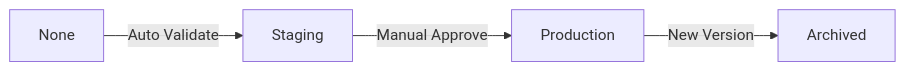
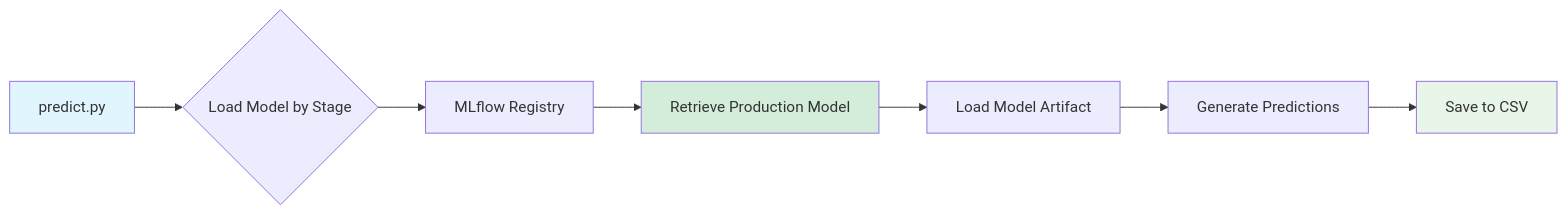
Before and after one commit to bradleyboehmke/rossmann-forecasting: the third of 3 diagrams in docs/modelops/registry.md, drawn with Mermaid. The commit also changed other lines of this file and 8 other files, not shown here.

First line of the commit message:
docs: improve ModelOps documentation with diagrams and clearer explanations

````diff
--- a/docs/modelops/registry.md
+++ b/docs/modelops/registry.md
@@ -11,6 +222,13 @@
 ```mermaid
 graph LR
-    A[None] -->|Auto Validate| B[Staging]
-    B -->|Manual Approve| C[Production]
-    C -->|New Version| D[Archived]
+    A[predict.py] --> B{Load Model by Stage}
+    B --> C[MLflow Registry]
+    C --> D[Retrieve Production Model]
+    D --> E[Load Model Artifact]
+    E --> F[Generate Predictions]
+    F --> G[Save to CSV]
+
+    style A fill:#e1f5ff
+    style D fill:#d4edda
+    style G fill:#e8f5e9
 ```
````
